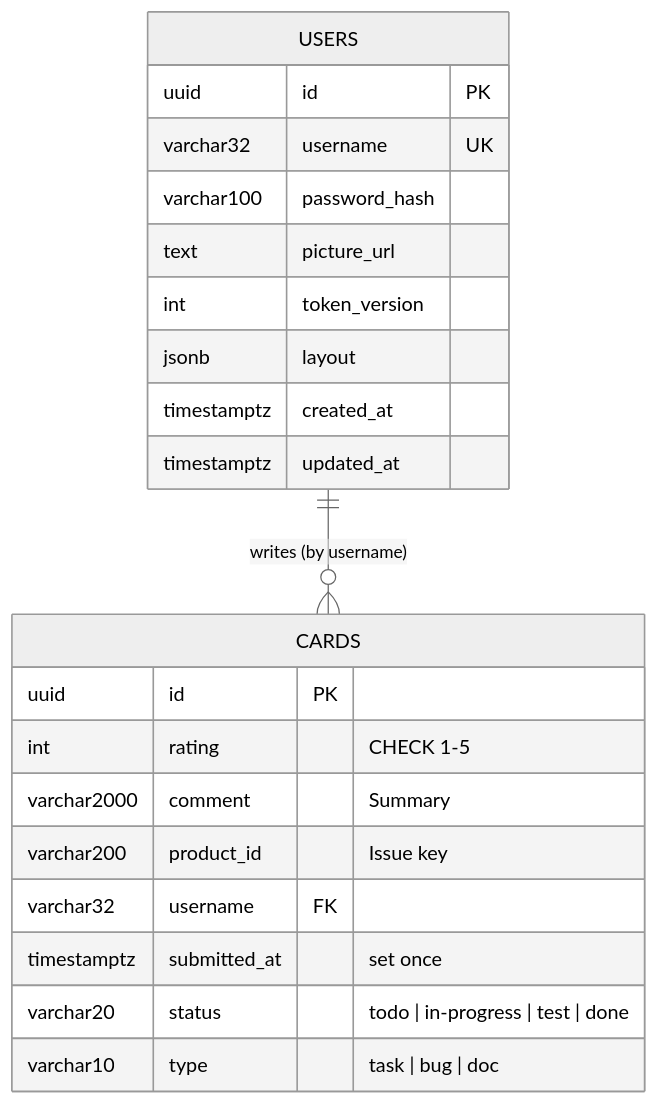
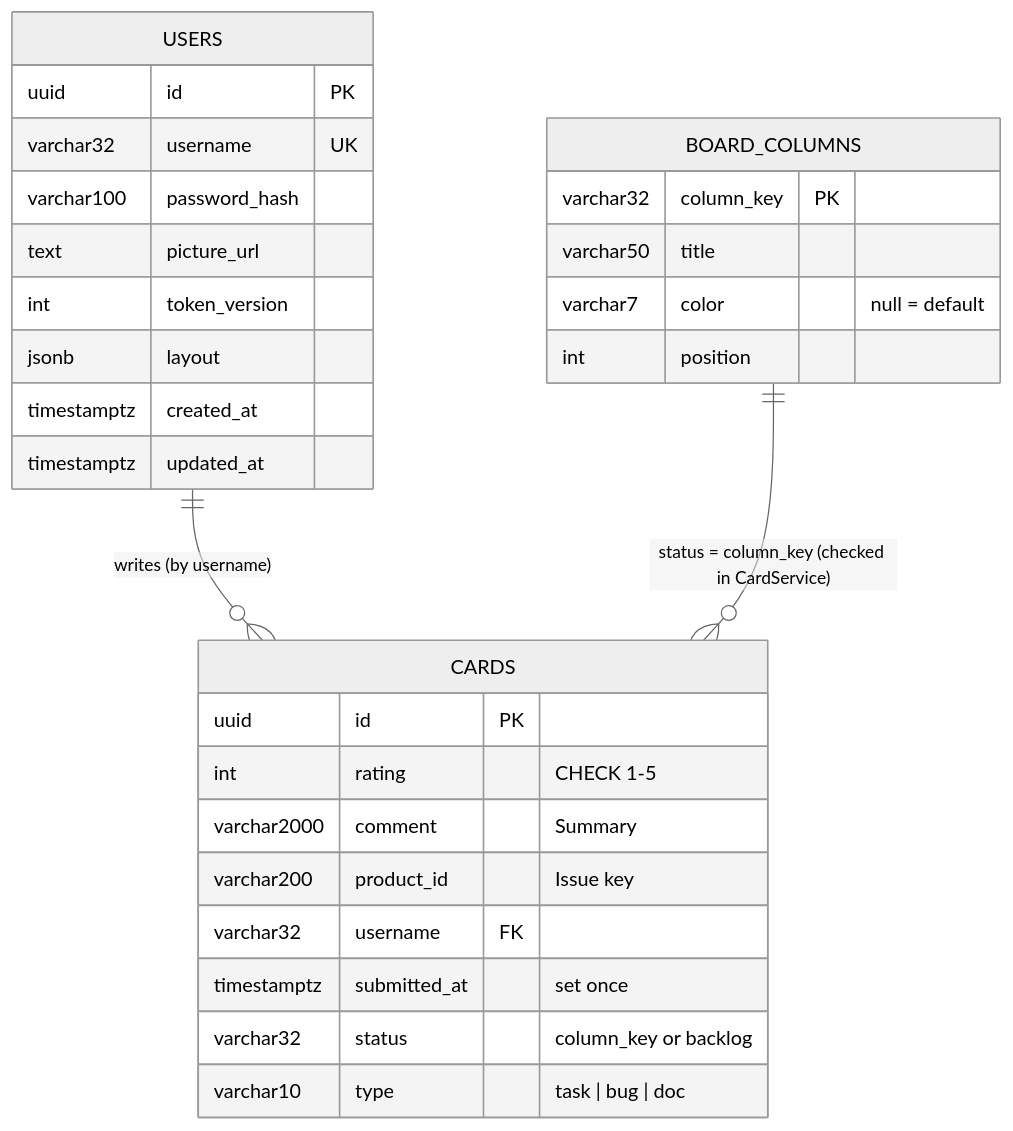
The eighth of 10 diagrams in server-java/ARCHITECTURE.md (Cypedium/aurelljiracard), drawn with Mermaid (neutral theme) before and after one commit. The commit also changed other lines of this file and 42 other files, not shown here.

First line of the commit message:
Feature/shared board columns (#49)

````diff
--- a/server-java/ARCHITECTURE.md
+++ b/server-java/ARCHITECTURE.md
@@ -315,24 +318,31 @@
 ```mermaid
 erDiagram
     USERS ||--o{ CARDS : "writes (by username)"
+    BOARD_COLUMNS ||--o{ CARDS : "status = column_key (checked in CardService)"
+    BOARD_COLUMNS {
+        varchar32 column_key PK
+        varchar50 title
+        varchar7 color "null = default"
+        int position
+    }
     USERS {
         uuid id PK
         varchar32 username UK
         varchar100 password_hash
         text picture_url
         int token_version
         jsonb layout
         timestamptz created_at
         timestamptz updated_at
     }
     CARDS {
         uuid id PK
         int rating "CHECK 1-5"
         varchar2000 comment "Summary"
         varchar200 product_id "Issue key"
         varchar32 username FK
         timestamptz submitted_at "set once"
-        varchar20 status "todo | in-progress | test | done"
+        varchar32 status "column_key or backlog"
         varchar10 type "task | bug | doc"
     }
 ```
````
